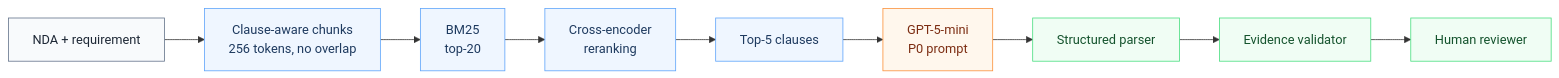
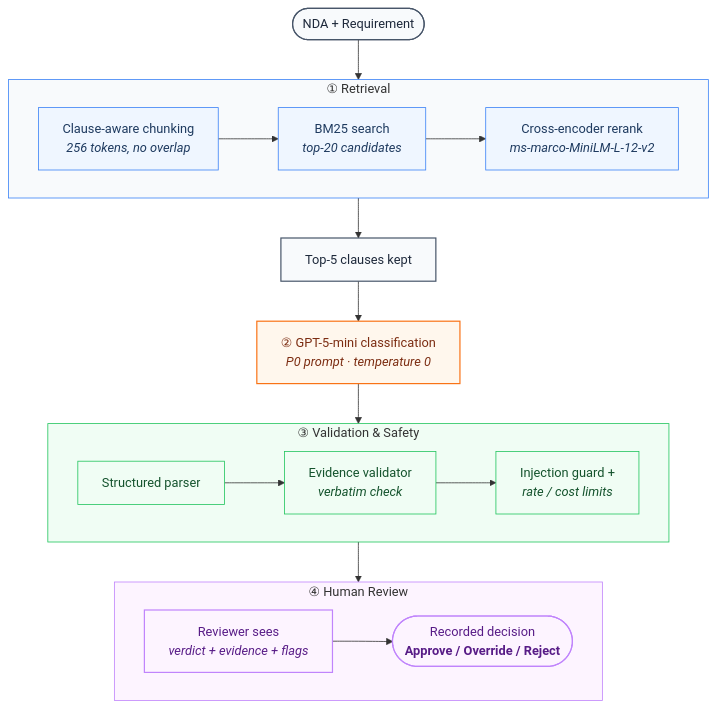
Before and after one commit to AsmithaUbaid/ndatrace: the diagram in README.md, drawn with Mermaid. The commit also changed other lines of this file and 13 other files, not shown here.

````diff
--- a/README.md
+++ b/README.md
@@ -67,20 +125,48 @@
 ```mermaid
-flowchart LR
-    A[NDA + requirement] --> B[Clause-aware chunks<br/>256 tokens, no overlap]
-    B --> C[BM25<br/>top-20]
-    C --> D[Cross-encoder<br/>reranking]
-    D --> E[Top-5 clauses]
-    E --> F[GPT-5-mini<br/>P0 prompt]
-    F --> G[Structured parser]
-    G --> H[Evidence validator]
-    H --> I[Human reviewer]
+flowchart TD
+    IN(["NDA + Requirement"])
 
-    classDef input fill:#f8fafc,stroke:#64748b,color:#1f2937;
-    classDef retrieval fill:#eff6ff,stroke:#60a5fa,color:#1e3a5f;
-    classDef model fill:#fff7ed,stroke:#fb923c,color:#7c2d12;
-    classDef control fill:#f0fdf4,stroke:#4ade80,color:#14532d;
-    class A input;
-    class B,C,D,E retrieval;
-    class F model;
-    class G,H,I control;
+    subgraph RETRIEVAL["① Retrieval"]
+        direction LR
+        CHUNK["Clause-aware chunking<br/><i>256 tokens, no overlap</i>"]
+        BM25["BM25 search<br/><i>top-20 candidates</i>"]
+        RERANK["Cross-encoder rerank<br/><i>ms-marco-MiniLM-L-12-v2</i>"]
+        CHUNK --> BM25 --> RERANK
+    end
+
+    TOP5["Top-5 clauses kept"]
+    LLM["② GPT-5-mini classification<br/><i>P0 prompt · temperature 0</i>"]
+
+    subgraph VALIDATE["③ Validation &amp; Safety"]
+        direction LR
+        PARSE["Structured parser"]
+        EVID["Evidence validator<br/><i>verbatim check</i>"]
+        GUARD["Injection guard +<br/><i>rate / cost limits</i>"]
+        PARSE --> EVID --> GUARD
+    end
+
+    subgraph HUMAN["④ Human Review"]
+        direction LR
+        REVIEWER["Reviewer sees<br/><i>verdict + evidence + flags</i>"]
+        DECISION(["Recorded decision<br/><b>Approve / Override / Reject</b>"])
+        REVIEWER --> DECISION
+    end
+
+    IN --> RETRIEVAL --> TOP5 --> LLM --> VALIDATE --> HUMAN
+
+    classDef input fill:#f8fafc,stroke:#475569,stroke-width:1.5px,color:#1e293b;
+    classDef stage fill:#eff6ff,stroke:#3b82f6,stroke-width:1px,color:#1e3a5f;
+    classDef model fill:#fff7ed,stroke:#f97316,stroke-width:1.5px,color:#7c2d12;
+    classDef control fill:#f0fdf4,stroke:#22c55e,stroke-width:1px,color:#14532d;
+    classDef human fill:#fdf4ff,stroke:#c084fc,stroke-width:1.5px,color:#581c87;
+
+    class IN,TOP5 input;
+    class CHUNK,BM25,RERANK stage;
+    class LLM model;
+    class PARSE,EVID,GUARD control;
+    class REVIEWER,DECISION human;
+
+    style RETRIEVAL fill:#f8fafc,stroke:#3b82f6,stroke-width:1px
+    style VALIDATE fill:#f0fdf4,stroke:#22c55e,stroke-width:1px
+    style HUMAN fill:#fdf4ff,stroke:#c084fc,stroke-width:1px
 ```
````
